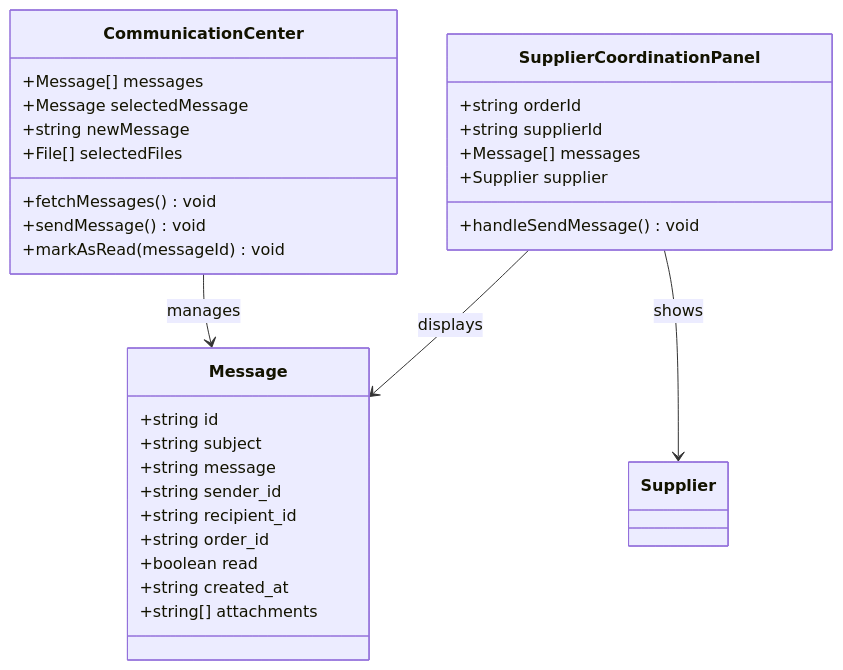
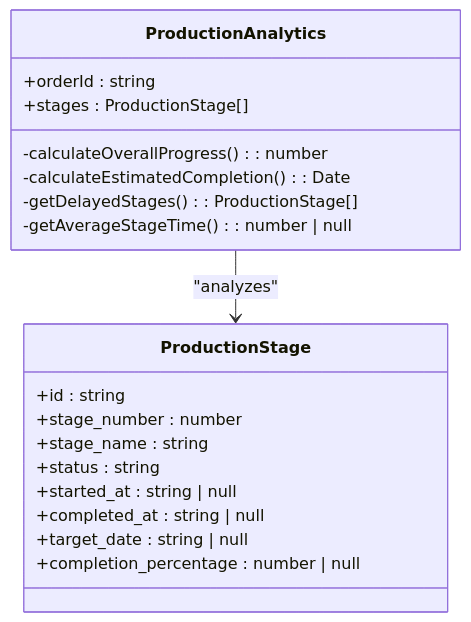
The seventh of 9 diagrams in .qoder/repowiki/en/content/Core Features/LoopTrace™ Production Tracking/LoopTrace™ Production Tracking.md (sleekapparels-admin/sleekapp-v100), drawn with Mermaid before and after one commit. The commit also changed other lines of this file and 337 other files, not shown here.

````diff
--- a/.qoder/repowiki/en/content/Core Features/LoopTrace™ Production Tracking/LoopTrace™ Production Tracking.md
+++ b/.qoder/repowiki/en/content/Core Features/LoopTrace™ Production Tracking/LoopTrace™ Production Tracking.md
@@ -314,33 +310,22 @@
 ```mermaid
 classDiagram
-class CommunicationCenter {
-+Message[] messages
-+Message selectedMessage
-+string newMessage
-+File[] selectedFiles
-+fetchMessages() void
-+sendMessage() void
-+markAsRead(messageId) void
+class ProductionAnalytics {
++orderId : string
++stages : ProductionStage[]
+-calculateOverallProgress() : number
+-calculateEstimatedCompletion() : Date
+-getDelayedStages() : ProductionStage[]
+-getAverageStageTime() : number | null
 }
-class Message {
-+string id
-+string subject
-+string message
-+string sender_id
-+string recipient_id
-+string order_id
-+boolean read
-+string created_at
-+string[] attachments
+class ProductionStage {
++id : string
++stage_number : number
++stage_name : string
++status : string
++started_at : string | null
++completed_at : string | null
++target_date : string | null
++completion_percentage : number | null
 }
-class SupplierCoordinationPanel {
-+string orderId
-+string supplierId
-+Message[] messages
-+Supplier supplier
-+handleSendMessage() void
-}
-CommunicationCenter --> Message : manages
-SupplierCoordinationPanel --> Message : displays
-SupplierCoordinationPanel --> Supplier : shows
+ProductionAnalytics --> ProductionStage : "analyzes"
 ```
````
